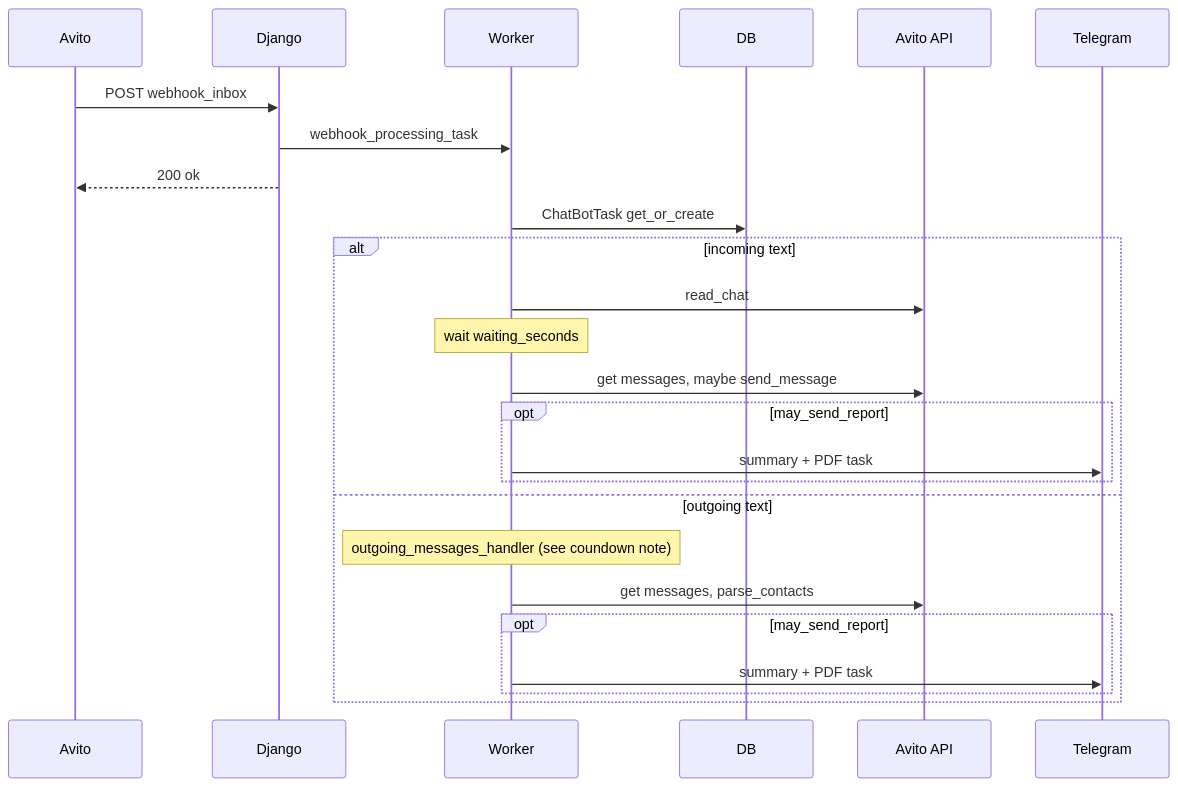
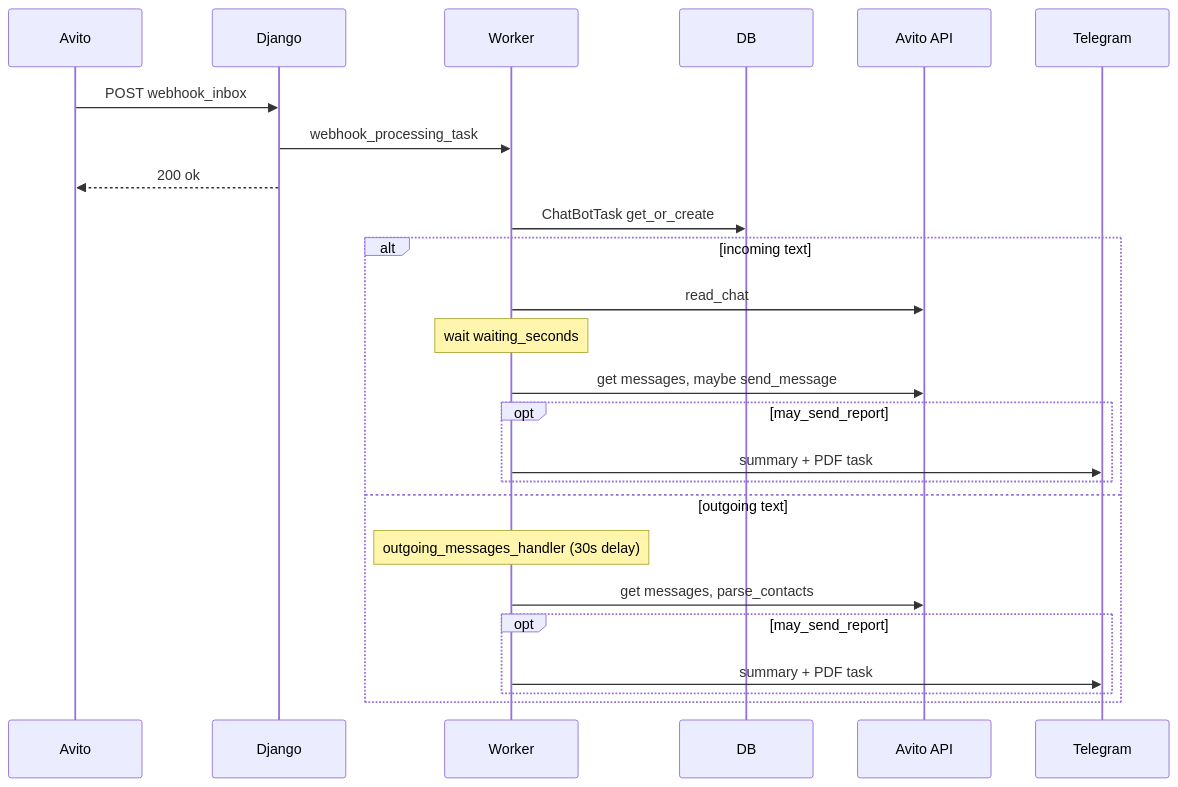
Before and after one commit to akchurin-dev/avitostat: the second of 2 diagrams in docs/flows/avito-message.md, drawn with Mermaid. The commit also changed other lines of this file and 4 other files, not shown here.

````diff
--- a/docs/flows/avito-message.md
+++ b/docs/flows/avito-message.md
@@ -205,29 +205,29 @@
 ```mermaid
 sequenceDiagram
     participant Avito
     participant Django
     participant Worker
     participant DB
     participant API as Avito API
     participant TG as Telegram
 
     Avito->>Django: POST webhook_inbox
     Django->>Worker: webhook_processing_task
     Django-->>Avito: 200 ok
 
     Worker->>DB: ChatBotTask get_or_create
     alt incoming text
         Worker->>API: read_chat
         Note over Worker: wait waiting_seconds
         Worker->>API: get messages, maybe send_message
         opt may_send_report
             Worker->>TG: summary + PDF task
         end
     else outgoing text
-        Note over Worker: outgoing_messages_handler (see coundown note)
+        Note over Worker: outgoing_messages_handler (30s delay)
         Worker->>API: get messages, parse_contacts
         opt may_send_report
             Worker->>TG: summary + PDF task
         end
     end
 ```
````
